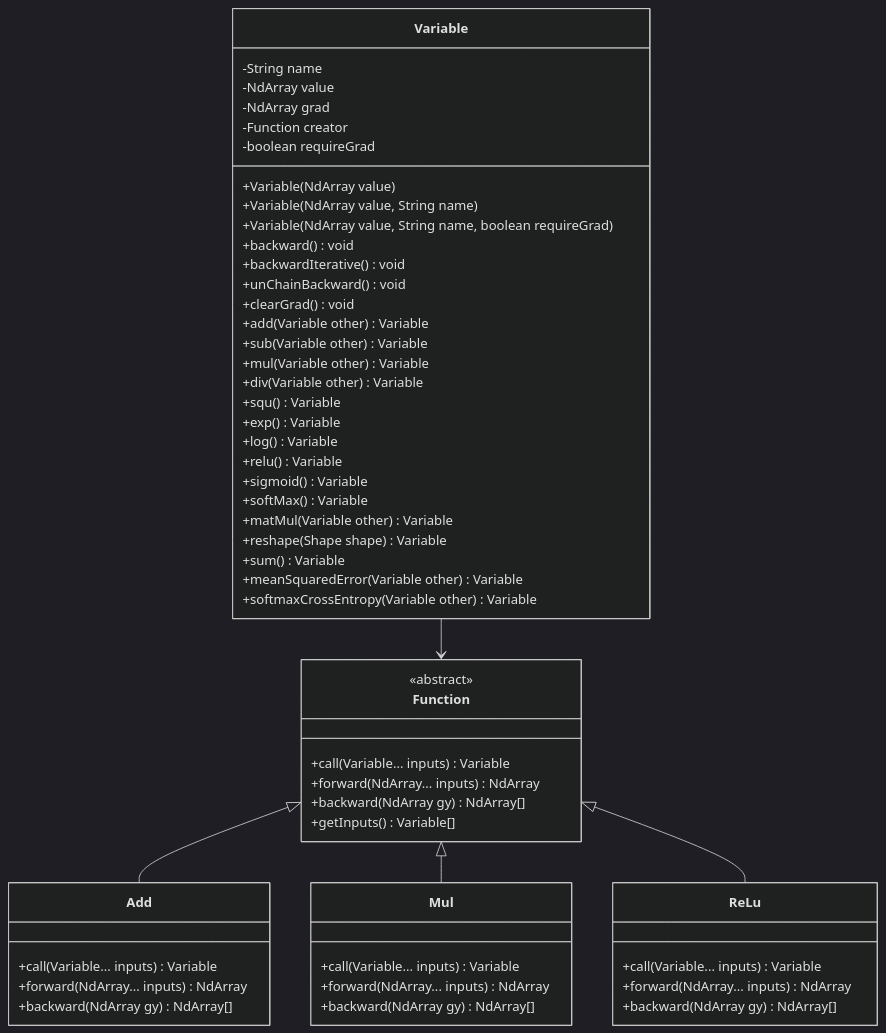
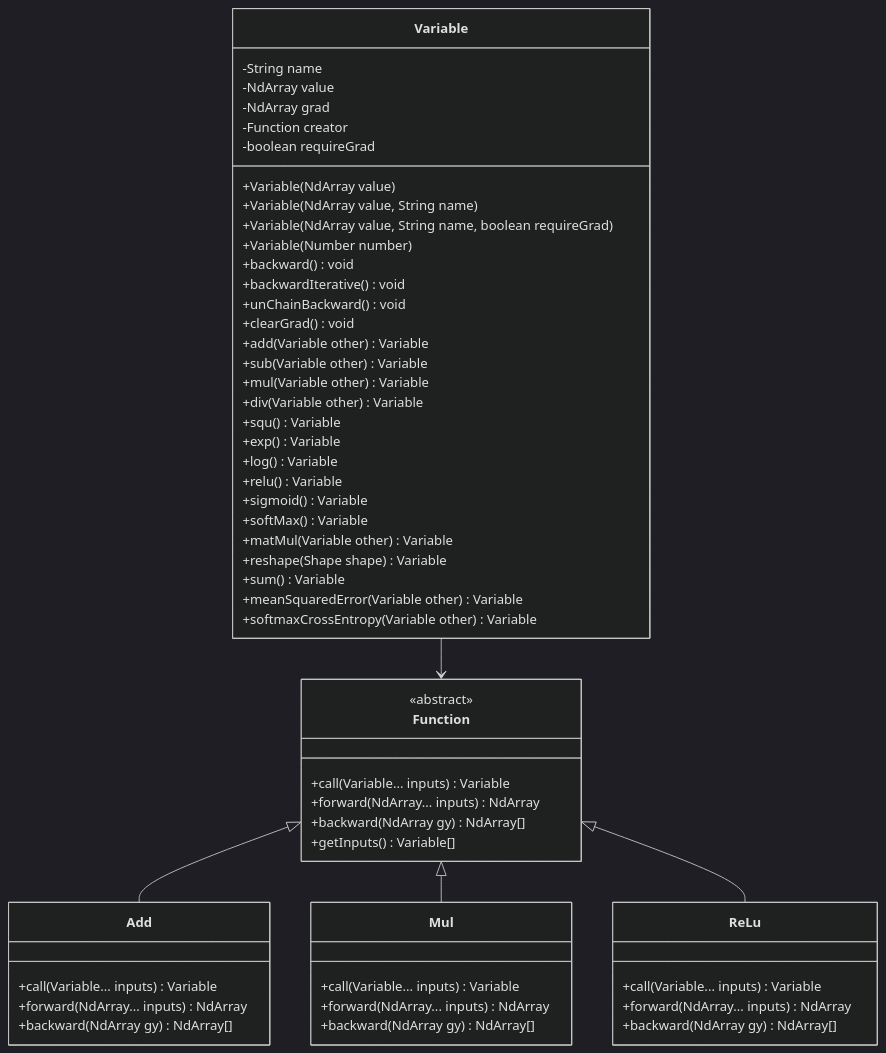
The fourth of 10 diagrams in .qoder/repowiki/zh/content/核心模块/核心模块.md (Leavesfly/TinyAI), drawn with Mermaid (dark theme) before and after one commit. The commit also changed other lines of this file and 9 other files, not shown here.

````diff
--- a/.qoder/repowiki/zh/content/核心模块/核心模块.md
+++ b/.qoder/repowiki/zh/content/核心模块/核心模块.md
@@ -202,58 +210,59 @@
 ```mermaid
 classDiagram
 class Variable {
 -String name
 -NdArray value
 -NdArray grad
 -Function creator
 -boolean requireGrad
 +Variable(NdArray value)
 +Variable(NdArray value, String name)
 +Variable(NdArray value, String name, boolean requireGrad)
++Variable(Number number)
 +backward() void
 +backwardIterative() void
 +unChainBackward() void
 +clearGrad() void
 +add(Variable other) Variable
 +sub(Variable other) Variable
 +mul(Variable other) Variable
 +div(Variable other) Variable
 +squ() Variable
 +exp() Variable
 +log() Variable
 +relu() Variable
 +sigmoid() Variable
 +softMax() Variable
 +matMul(Variable other) Variable
 +reshape(Shape shape) Variable
 +sum() Variable
 +meanSquaredError(Variable other) Variable
 +softmaxCrossEntropy(Variable other) Variable
 }
 class Function {
 <<abstract>>
 +call(Variable... inputs) Variable
 +forward(NdArray... inputs) NdArray
 +backward(NdArray gy) NdArray[]
 +getInputs() Variable[]
 }
 class Add {
 +call(Variable... inputs) Variable
 +forward(NdArray... inputs) NdArray
 +backward(NdArray gy) NdArray[]
 }
 class Mul {
 +call(Variable... inputs) Variable
 +forward(NdArray... inputs) NdArray
 +backward(NdArray gy) NdArray[]
 }
 class ReLu {
 +call(Variable... inputs) Variable
 +forward(NdArray... inputs) NdArray
 +backward(NdArray gy) NdArray[]
 }
 Variable --> Function
 Function <|-- Add
 Function <|-- Mul
 Function <|-- ReLu
 ```
````
